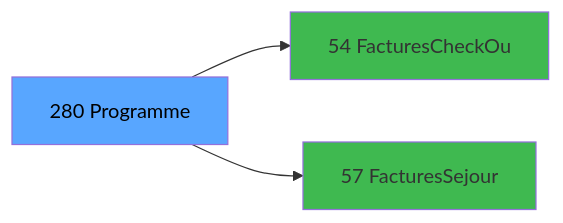
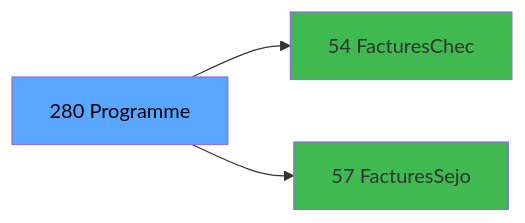
One commit to thonyAGP/magic-migration changed the third of 3 diagrams in .openspec/specs/ADH-IDE-280.md. Above: the diagram before and after it, drawn with Mermaid. The commit also changed other lines of this file and 323 other files, not shown here.

````diff
--- a/.openspec/specs/ADH-IDE-280.md
+++ b/.openspec/specs/ADH-IDE-280.md
@@ -116,11 +135,11 @@
 ```mermaid
 graph LR
     T[280 Programme]
-    C54[54 FacturesCheckOu]
+    C54[54 FacturesChec]
     T --> C54
-    C57[57 FacturesSejour]
+    C57[57 FacturesSejo]
     T --> C57
     style T fill:#58a6ff,color:#000
     style C54 fill:#3fb950
     style C57 fill:#3fb950
 ```
````
